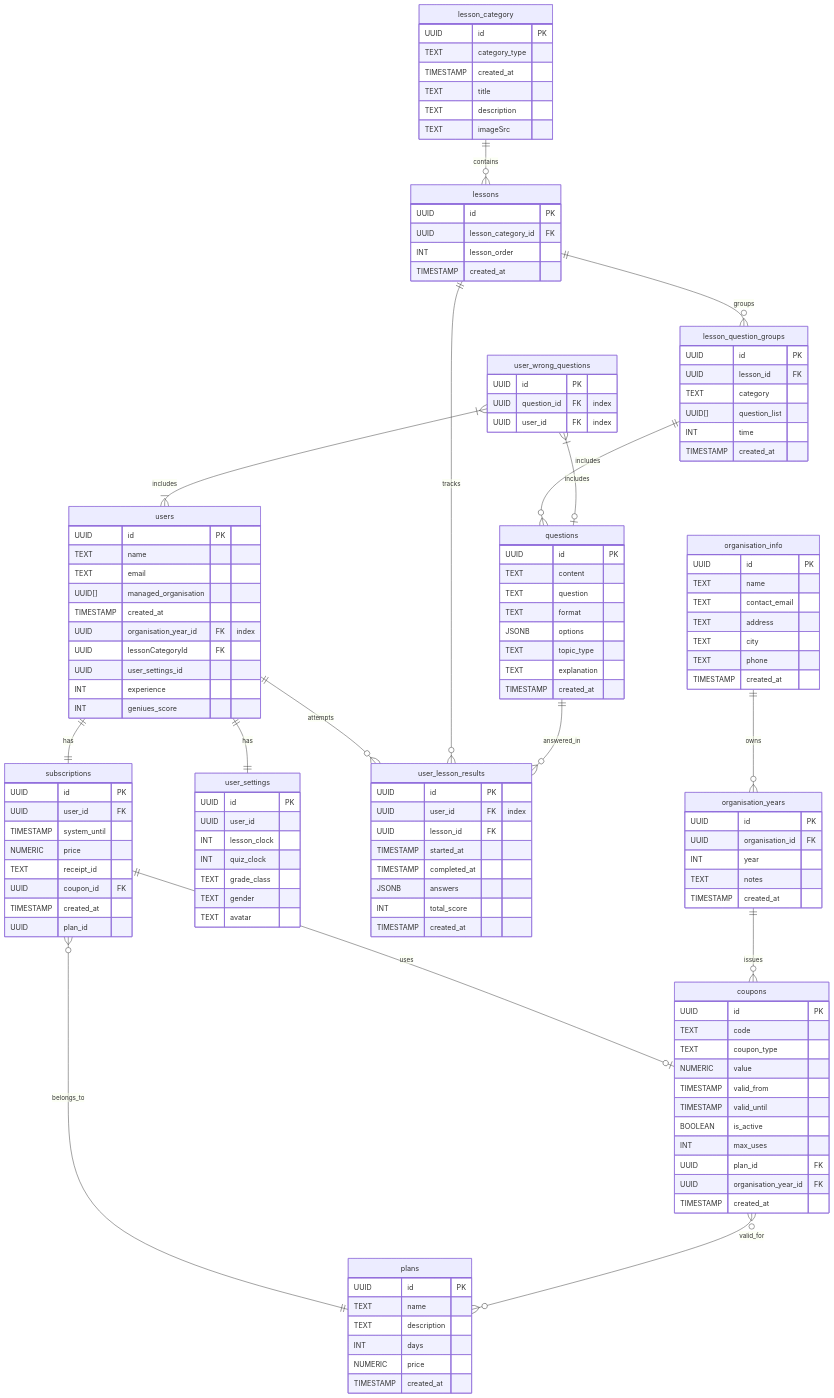
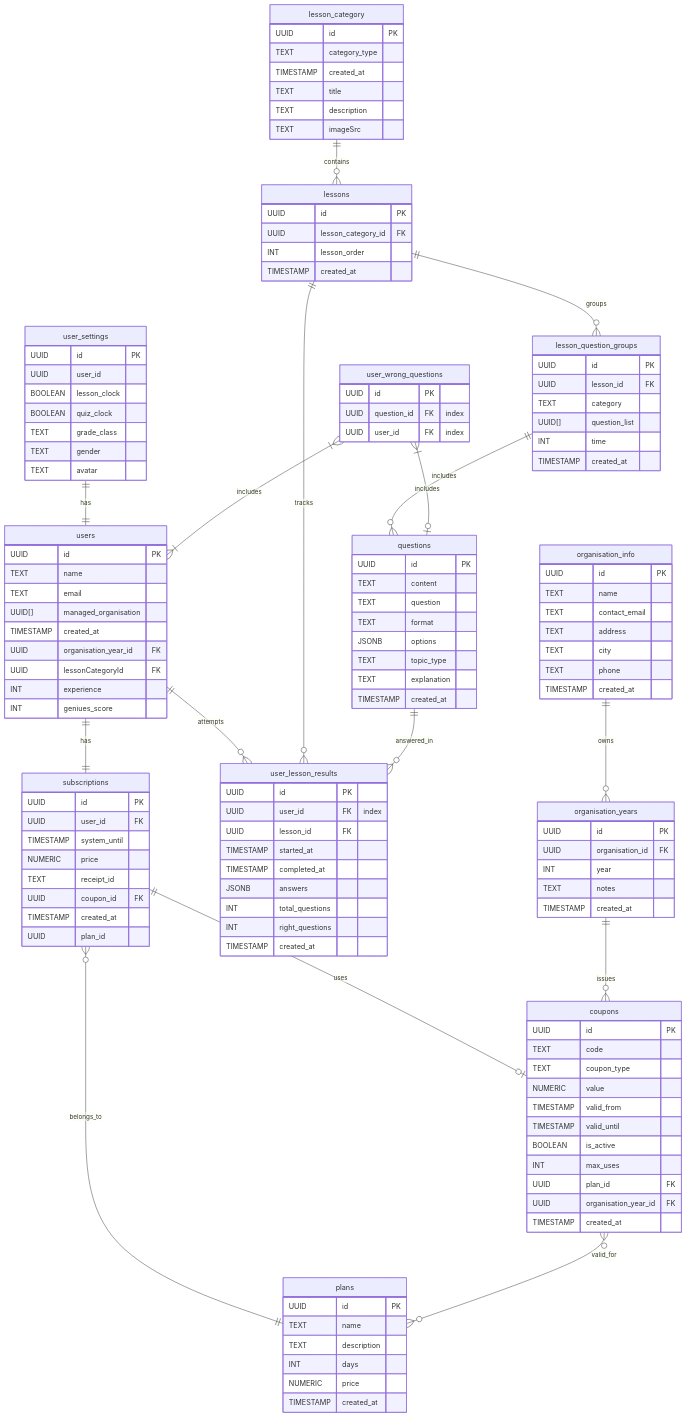
The diagram in MermaidChart.mmd (raphaelHouri/smarti-web), drawn with Mermaid before and after one commit. The commit also changed 24 other files, not shown here.

```diff
--- a/MermaidChart.mmd
+++ b/MermaidChart.mmd
@@ -1,145 +1,147 @@
 erDiagram
 
 users ||--|| subscriptions : has
-users ||--|| user_settings : has
+%% users ||--|| user_settings : has
+user_settings ||--|| users : has
 users ||--o{ user_lesson_results : attempts
 subscriptions ||--o| coupons : uses
 subscriptions }o--|| plans : belongs_to
 coupons }o--o{ plans : valid_for
 lesson_category ||--o{ lessons : contains
 lessons ||--o{ user_lesson_results : tracks
 lessons ||--o{ lesson_question_groups : groups
 lesson_question_groups ||--o{ questions : includes
 questions ||--o{ user_lesson_results : answered_in
 organisation_info ||--o{ organisation_years : owns
 organisation_years ||--o{ coupons : issues
 user_wrong_questions |{--o| questions : includes
 user_wrong_questions |{--}| users : includes
 users {
   UUID id PK
   TEXT name
   TEXT email
   UUID[] managed_organisation
   TIMESTAMP created_at
-  UUID organisation_year_id FK "index"
-  UUID lessonCategoryId FK 
-  UUID user_settings_id 
+  UUID organisation_year_id FK 
+  UUID lessonCategoryId FK
+%%   UUID user_settings_id 
   INT experience
   INT geniues_score
 }
 
 user_settings {
   UUID id PK
   UUID user_id
-  INT lesson_clock
-  INT quiz_clock
+  BOOLEAN lesson_clock
+  BOOLEAN quiz_clock
   TEXT grade_class
   TEXT gender
   TEXT avatar 
 }
 
 subscriptions {
   UUID id PK
   UUID user_id FK
   TIMESTAMP system_until
   NUMERIC price
   TEXT receipt_id
   UUID coupon_id FK
   TIMESTAMP created_at
   UUID plan_id
 }
 
 coupons {
   UUID id PK
   TEXT code
   TEXT coupon_type
   NUMERIC value
   TIMESTAMP valid_from
   TIMESTAMP valid_until
   BOOLEAN is_active
   INT max_uses
   UUID plan_id FK
   UUID organisation_year_id FK 
   TIMESTAMP created_at
 }
 
 plans {
   UUID id PK
   TEXT name
   TEXT description
   INT days
   NUMERIC price
   TIMESTAMP created_at
 }
 
 lesson_category  {
   UUID id PK
   TEXT category_type
   TIMESTAMP created_at
   TEXT title
   TEXT description
   TEXT imageSrc
 }
 
 lessons {
   UUID id PK
   UUID lesson_category_id FK
   INT lesson_order
   TIMESTAMP created_at
 }
 
 lesson_question_groups {
   UUID id PK
   UUID lesson_id FK
   TEXT category
   UUID[] question_list
   INT time
   TIMESTAMP created_at
 }
 
 questions {
   UUID id PK
   TEXT content
   TEXT question
   TEXT format
   JSONB options
   TEXT topic_type
   TEXT explanation
   TIMESTAMP created_at
 }
 
 user_lesson_results {
   UUID id PK
   UUID user_id FK "index"
   UUID lesson_id FK
   TIMESTAMP started_at
   TIMESTAMP completed_at
   JSONB answers
-  INT total_score
+  INT total_questions
+  INT right_questions
   TIMESTAMP created_at
 }
 
 organisation_info {
   UUID id PK
   TEXT name
   TEXT contact_email
   TEXT address
   TEXT city
   TEXT phone
   TIMESTAMP created_at
 }
 
 organisation_years {
   UUID id PK
   UUID organisation_id FK
   INT year
   TEXT notes
   TIMESTAMP created_at
 }
 
 user_wrong_questions{
   UUID id PK
   UUID question_id FK "index"
   UUID user_id FK "index"
 
 }
```
